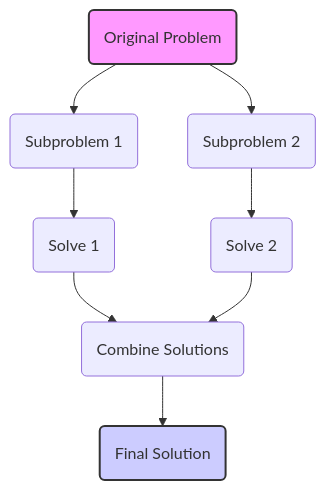
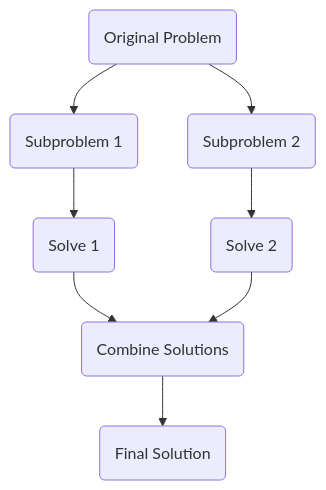
The diagram in docs/1-cs-전공-지식/1-5-알고리즘/divide-and-conquer.md (harimkang/ai-engineer-guide), drawn with Mermaid before and after one commit. The commit also changed 45 other files, not shown here.

````diff
--- a/docs/1-cs-전공-지식/1-5-알고리즘/divide-and-conquer.md
+++ b/docs/1-cs-전공-지식/1-5-알고리즘/divide-and-conquer.md
@@ -26,13 +26,10 @@
 ```mermaid
 graph TD;
     A(Original Problem) --> B(Subproblem 1);
     A --> C(Subproblem 2);
     B --> D(Solve 1);
     C --> E(Solve 2);
     D --> F(Combine Solutions);
     E --> F;
     F --> G(Final Solution);
-
-    style A fill:#f9f,stroke:#333,stroke-width:2px
-    style G fill:#ccf,stroke:#333,stroke-width:2px
 ```
````
